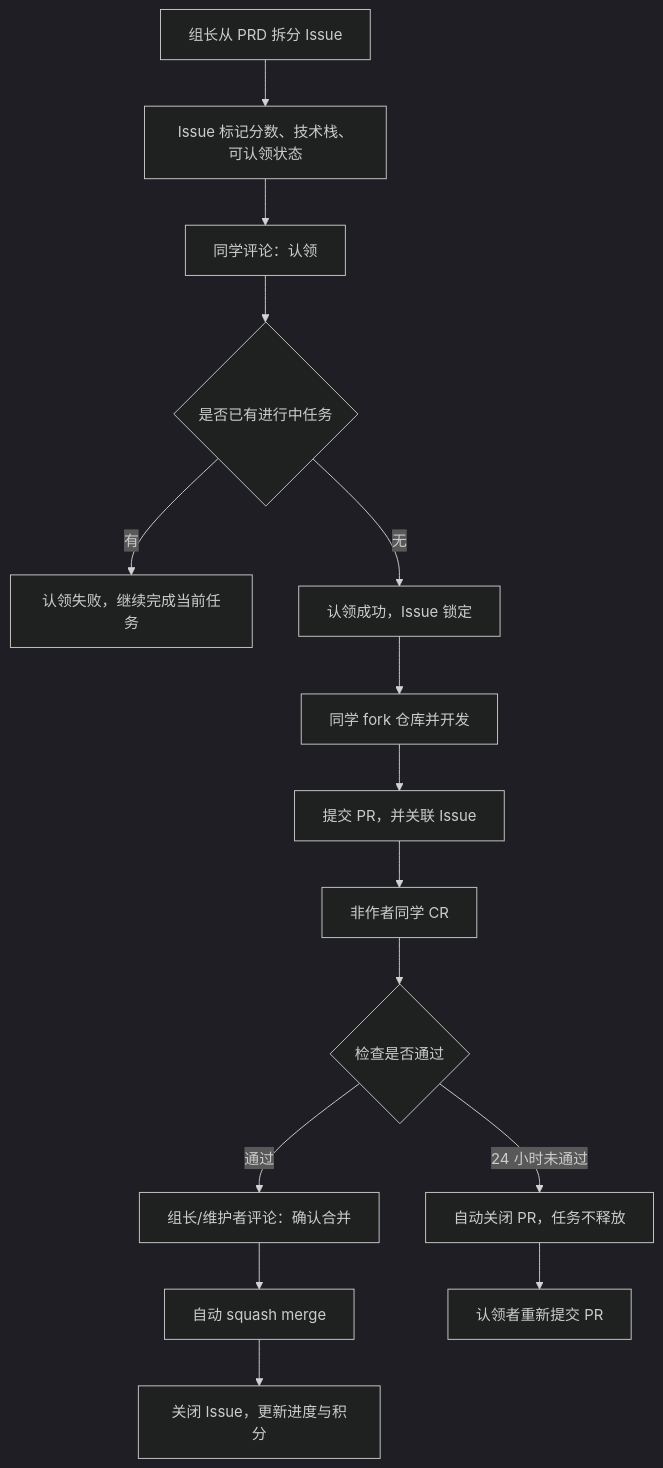
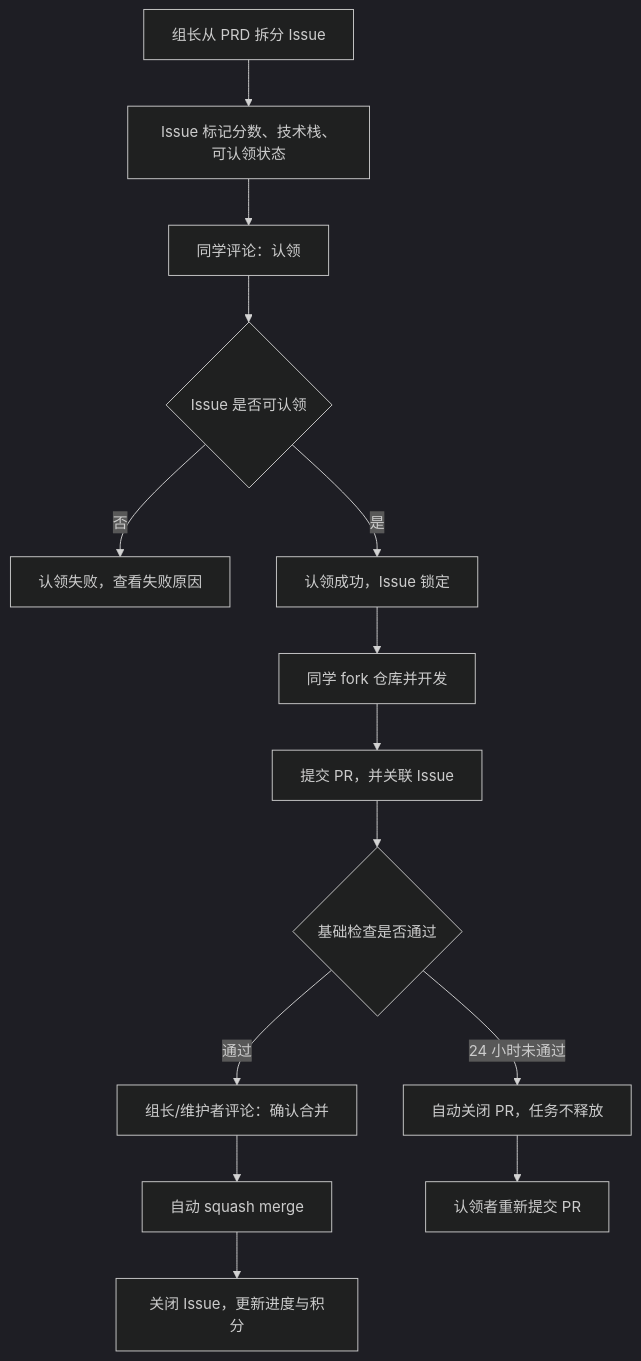
The diagram in docs/规范工作流程.md (lwayne7/code-tape), drawn with Mermaid (dark theme) before and after one commit. The commit also changed other lines of this file and 9 other files, not shown here.

````diff
--- a/docs/规范工作流程.md
+++ b/docs/规范工作流程.md
@@ -11,17 +11,16 @@
 ```mermaid
 flowchart TD
   A["组长从 PRD 拆分 Issue"] --> B["Issue 标记分数、技术栈、可认领状态"]
   B --> C["同学评论：认领"]
-  C --> D{"是否已有进行中任务"}
-  D -- "有" --> E["认领失败，继续完成当前任务"]
-  D -- "无" --> F["认领成功，Issue 锁定"]
+  C --> D{"Issue 是否可认领"}
+  D -- "否" --> E["认领失败，查看失败原因"]
+  D -- "是" --> F["认领成功，Issue 锁定"]
   F --> G["同学 fork 仓库并开发"]
   G --> H["提交 PR，并关联 Issue"]
-  H --> I["非作者同学 CR"]
-  I --> J{"检查是否通过"}
+  H --> J{"基础检查是否通过"}
   J -- "通过" --> O["组长/维护者评论：确认合并"]
   O --> K["自动 squash merge"]
   J -- "24 小时未通过" --> L["自动关闭 PR，任务不释放"]
   K --> M["关闭 Issue，更新进度与积分"]
   L --> N["认领者重新提交 PR"]
 ```
````
